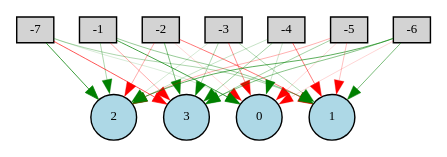
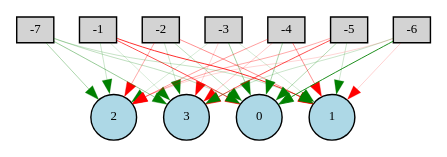
The diagram in Digraph.gv (thecog19/python-neural-nets), drawn with Graphviz before and after one commit. The commit also changed 103 other files, not shown here.

```diff
--- a/Digraph.gv
+++ b/Digraph.gv
@@ -1,42 +1,42 @@
 digraph {
 	node [fontsize=9 height=0.2 shape=circle width=0.2]
 	-1 [fillcolor=lightgray shape=box style=filled]
 	-2 [fillcolor=lightgray shape=box style=filled]
 	-3 [fillcolor=lightgray shape=box style=filled]
 	-4 [fillcolor=lightgray shape=box style=filled]
 	-5 [fillcolor=lightgray shape=box style=filled]
 	-6 [fillcolor=lightgray shape=box style=filled]
 	-7 [fillcolor=lightgray shape=box style=filled]
 	0 [fillcolor=lightblue style=filled]
 	1 [fillcolor=lightblue style=filled]
 	2 [fillcolor=lightblue style=filled]
 	3 [fillcolor=lightblue style=filled]
-	-1 -> 0 [color=green penwidth=0.51364856101 style=solid]
-	-6 -> 3 [color=green penwidth=0.331360981361 style=solid]
-	-4 -> 2 [color=green penwidth=0.158961462712 style=solid]
-	-7 -> 0 [color=green penwidth=0.111933933991 style=solid]
-	-3 -> 3 [color=green penwidth=0.219110626434 style=solid]
-	-2 -> 0 [color=red penwidth=0.113926482809 style=solid]
-	-2 -> 1 [color=red penwidth=0.384661781811 style=solid]
-	-5 -> 1 [color=red penwidth=0.184385149062 style=solid]
-	-6 -> 0 [color=red penwidth=0.119384421934 style=solid]
-	-4 -> 3 [color=green penwidth=0.245927300374 style=solid]
-	-3 -> 2 [color=green penwidth=0.121851624427 style=solid]
-	-7 -> 3 [color=red penwidth=0.471305818463 style=solid]
-	-5 -> 0 [color=red penwidth=0.112974706921 style=solid]
-	-1 -> 2 [color=green penwidth=0.231301570281 style=solid]
-	-6 -> 1 [color=green penwidth=0.367902142337 style=solid]
-	-2 -> 2 [color=red penwidth=0.231034723872 style=solid]
-	-1 -> 1 [color=green penwidth=0.292550029794 style=solid]
-	-3 -> 1 [color=green penwidth=0.209644890621 style=solid]
-	-4 -> 0 [color=green penwidth=0.142323535134 style=solid]
-	-7 -> 2 [color=green penwidth=0.541174336898 style=solid]
-	-5 -> 3 [color=green penwidth=0.253250615573 style=solid]
-	-1 -> 3 [color=red penwidth=0.238472036645 style=solid]
-	-3 -> 0 [color=red penwidth=0.299400793467 style=solid]
-	-6 -> 2 [color=green penwidth=0.446013120234 style=solid]
-	-2 -> 3 [color=green penwidth=0.362563148812 style=solid]
-	-4 -> 1 [color=red penwidth=0.368295595956 style=solid]
-	-7 -> 1 [color=green penwidth=0.233655440148 style=solid]
-	-5 -> 2 [color=red penwidth=0.216943740439 style=solid]
+	-1 -> 0 [color=red penwidth=0.489061234932 style=solid]
+	-6 -> 3 [color=green penwidth=0.154169080337 style=solid]
+	-4 -> 2 [color=red penwidth=0.273931098127 style=solid]
+	-7 -> 0 [color=green penwidth=0.176719315129 style=solid]
+	-3 -> 3 [color=red penwidth=0.116539518208 style=solid]
+	-2 -> 0 [color=green penwidth=0.179977831896 style=solid]
+	-2 -> 1 [color=red penwidth=0.314623864742 style=solid]
+	-5 -> 1 [color=green penwidth=0.142603661654 style=solid]
+	-6 -> 0 [color=green penwidth=0.619685841682 style=solid]
+	-4 -> 3 [color=red penwidth=0.149293410865 style=solid]
+	-3 -> 2 [color=green penwidth=0.10621450097 style=solid]
+	-7 -> 3 [color=green penwidth=0.292457755998 style=solid]
+	-5 -> 0 [color=green penwidth=0.212264658561 style=solid]
+	-1 -> 2 [color=green penwidth=0.150818315078 style=solid]
+	-6 -> 1 [color=red penwidth=0.127179522224 style=solid]
+	-2 -> 2 [color=red penwidth=0.239853216883 style=solid]
+	-1 -> 1 [color=red penwidth=0.580368422541 style=solid]
+	-3 -> 1 [color=green penwidth=0.119551680977 style=solid]
+	-4 -> 0 [color=green penwidth=0.231743874313 style=solid]
+	-7 -> 2 [color=green penwidth=0.229162240011 style=solid]
+	-5 -> 3 [color=red penwidth=0.475015020954 style=solid]
+	-1 -> 3 [color=green penwidth=0.111467008938 style=solid]
+	-3 -> 0 [color=green penwidth=0.253433449574 style=solid]
+	-6 -> 2 [color=red penwidth=0.115064492211 style=solid]
+	-2 -> 3 [color=green penwidth=0.14441617193 style=solid]
+	-4 -> 1 [color=red penwidth=0.309615591751 style=solid]
+	-7 -> 1 [color=green penwidth=0.163525952618 style=solid]
+	-5 -> 2 [color=red penwidth=0.237936468218 style=solid]
 }
```
